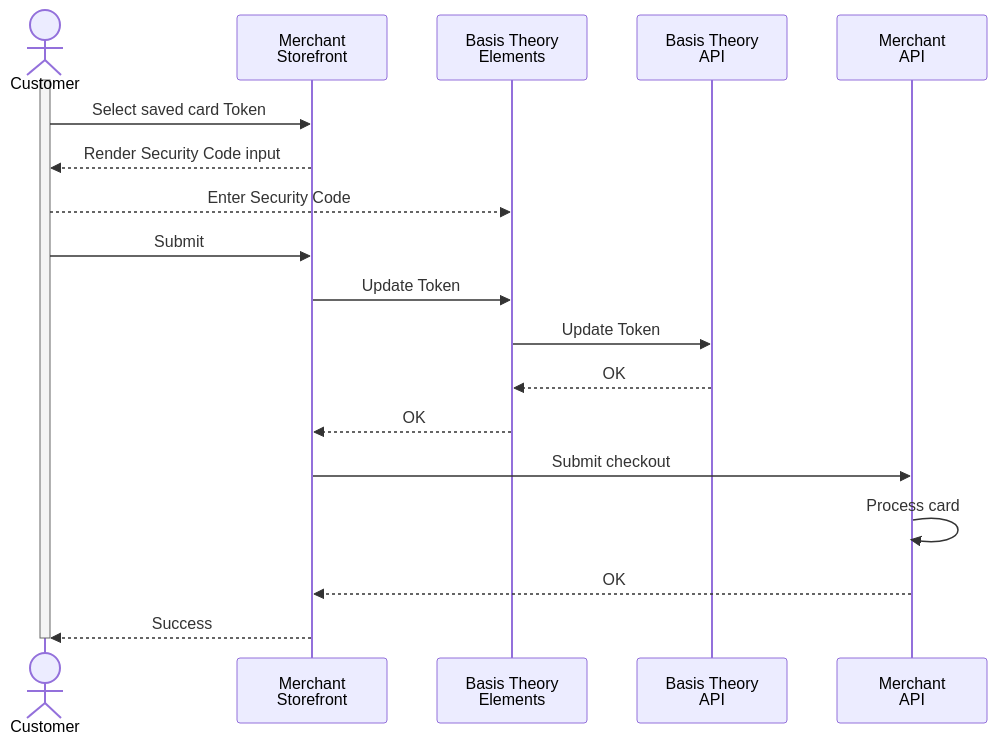
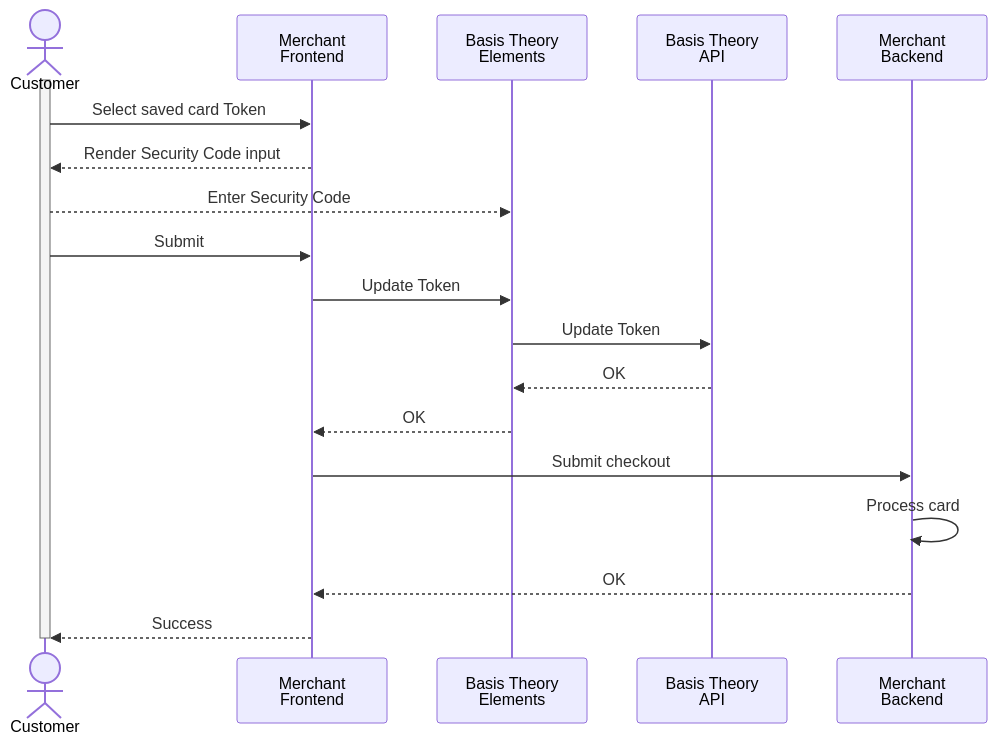
Before and after one commit to Basis-Theory/developers.basistheory.com: the diagram in docs/card-payments/recollect-security-code.mdx, drawn with Mermaid. The commit also changed 10 other files, not shown here.

````diff
--- a/docs/card-payments/recollect-security-code.mdx
+++ b/docs/card-payments/recollect-security-code.mdx
@@ -23,23 +23,23 @@
 ```mermaid
   sequenceDiagram
     actor customer as Customer
-    participant storefront as Merchant<br>Storefront
+    participant frontend as Merchant<br>Frontend
     participant bte as Basis Theory<br>Elements
     participant bapi as Basis Theory<br>API
-    participant mapi as Merchant<br>API
+    participant mbe as Merchant<br>Backend
 
     activate customer
-    customer ->> storefront: Select saved card Token
-    storefront -->> customer: Render Security Code input
+    customer ->> frontend: Select saved card Token
+    frontend -->> customer: Render Security Code input
     customer -->> bte: Enter Security Code
-    customer ->> storefront: Submit
-    storefront ->> bte: Update Token
+    customer ->> frontend: Submit
+    frontend ->> bte: Update Token
     bte ->> bapi: Update Token
     bapi -->> bte:  OK
-    bte -->> storefront: OK
-    storefront ->> mapi: Submit checkout
-    mapi ->> mapi: Process card
-    mapi -->> storefront: OK
-    storefront -->> customer: Success
+    bte -->> frontend: OK
+    frontend ->> mbe: Submit checkout
+    mbe ->> mbe: Process card
+    mbe -->> frontend: OK
+    frontend -->> customer: Success
     deactivate customer
 ```
````
